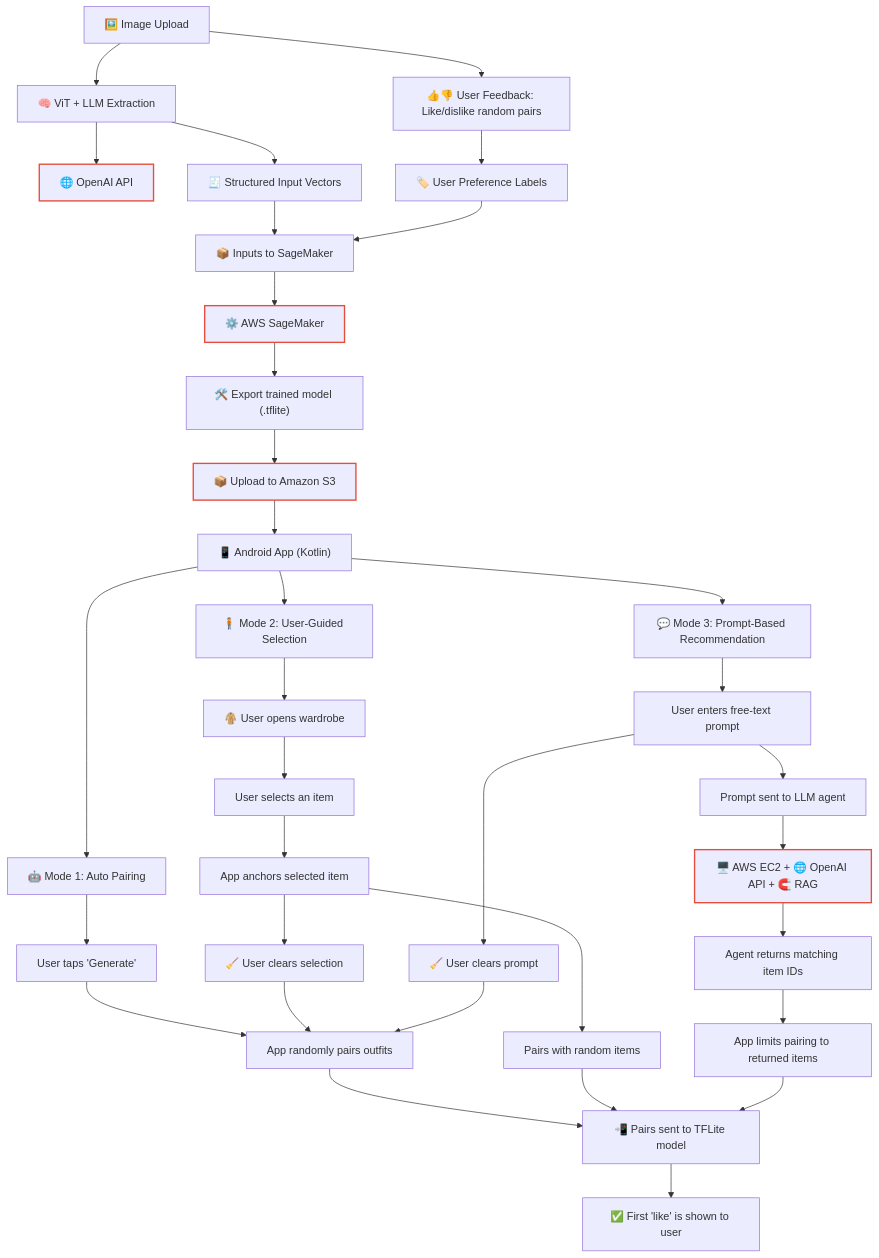
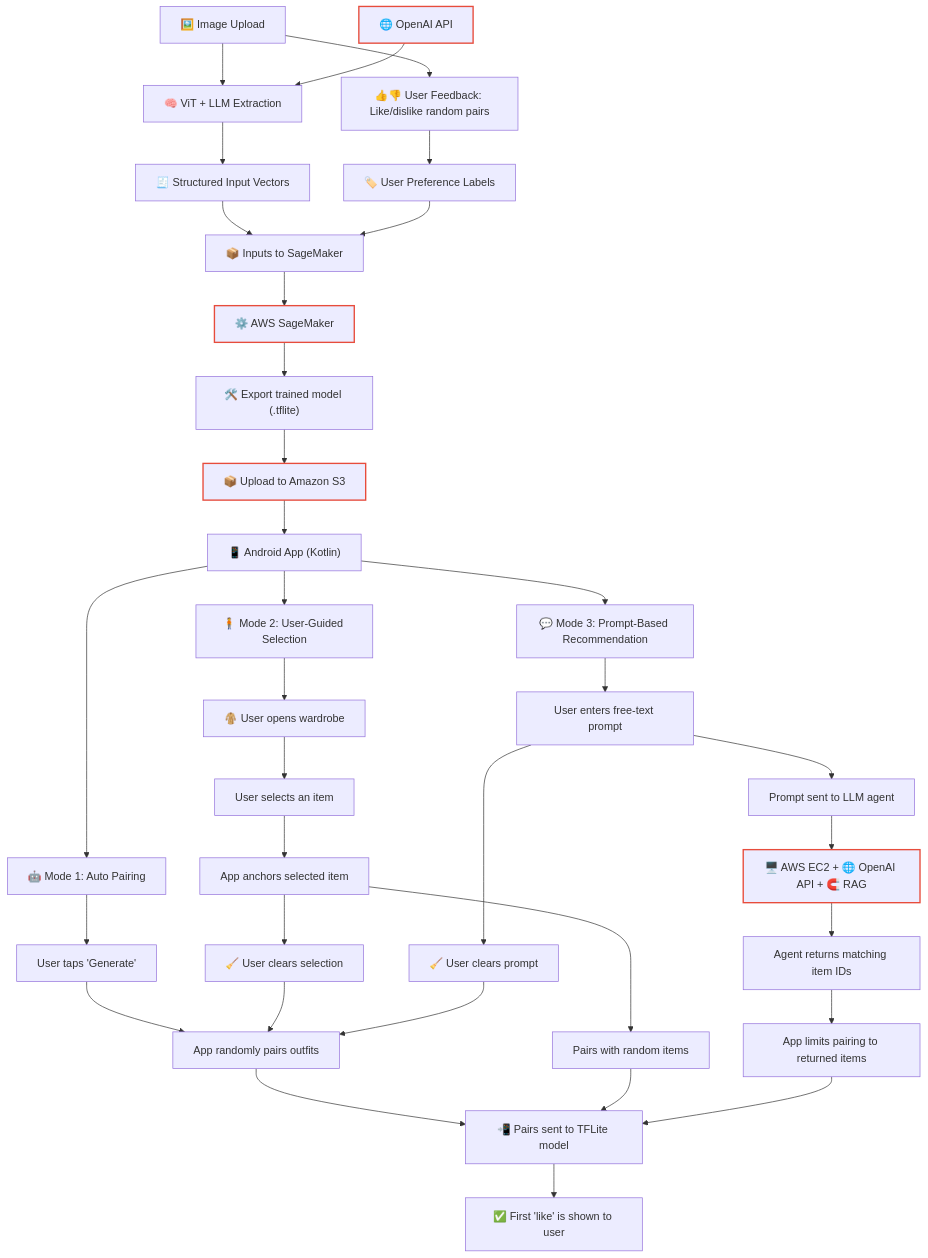
Before and after one commit to DressMe-AI/awesome-dressmeai: the diagram in README.md, drawn with Mermaid.

````diff
--- a/README.md
+++ b/README.md
@@ -44,54 +44,54 @@
 ```mermaid
 flowchart TD
     %% Core pipeline
     A["🖼️ Image Upload"] --> B
     A --> C
-    B --> ext_openai
+    ext_openai["🌐 OpenAI API"] --> B
     B["🧠 ViT + LLM Extraction"] --> D
     C["👍👎 User Feedback: Like/dislike random pairs"] --> E
     D["🧾 Structured Input Vectors"] --> train_input
     E["🏷️ User Preference Labels"] --> train_input
     train_input["📦 Inputs to SageMaker"] --> sagemaker["⚙️ AWS SageMaker"]:::external
     sagemaker --> tflite_export["🛠️ Export trained model (.tflite)"]
     tflite_export --> S3_upload["📦 Upload to Amazon S3"]:::external
     S3_upload --> H_app["📱 Android App (Kotlin)"]
     H_app["📱 Android App (Kotlin)"] --> I1_start
     H_app --> I2_start
     H_app --> I3_start
 
     %% Mode 1
     I1_start["🤖 Mode 1: Auto Pairing"] --> I1_a["User taps 'Generate'"]
     I1_a --> I1_b["App randomly pairs outfits"]
     I1_b --> I_common
 
     %% Mode 2
     I2_start["🧍 Mode 2: User-Guided Selection"] --> I2_a["🧥 User opens wardrobe"]
     I2_a --> I2_access["User selects an item"]
     I2_access --> I2_b["App anchors selected item"]
     I2_b --> I2_c["Pairs with random items"]
     I2_b --> I2_fallback["🧹 User clears selection"]
     I2_fallback --> I1_b
     I2_c --> I_common
 
     %% Mode 3
     I3_start["💬 Mode 3: Prompt-Based Recommendation"] --> I3_a["User enters free-text prompt"]
     I3_a --> I3_fallback["🧹 User clears prompt"]
     I3_fallback --> I1_b
     I3_a --> I3_b["Prompt sent to LLM agent"]
     I3_b --> ext_ec2
     ext_ec2 --> I3_c["Agent returns matching item IDs"]
     I3_c --> I3_d["App limits pairing to returned items"]
     I3_d --> I_common
 
     %% Shared DL inference
     I_common["📲 Pairs sent to TFLite model"] --> I_final["✅ First 'like' is shown to user"]
 
     %% External systems as side nodes
     ext_openai["🌐 OpenAI API"]:::external
     ext_ec2["🖥️ AWS EC2 + 🌐 OpenAI API + 🧲 RAG"]:::external
 
     %% Styling for external nodes
     classDef external stroke:#e74c3c,stroke-width:2px;
     class S3_upload,sagemaker external;
 
 ```
````
